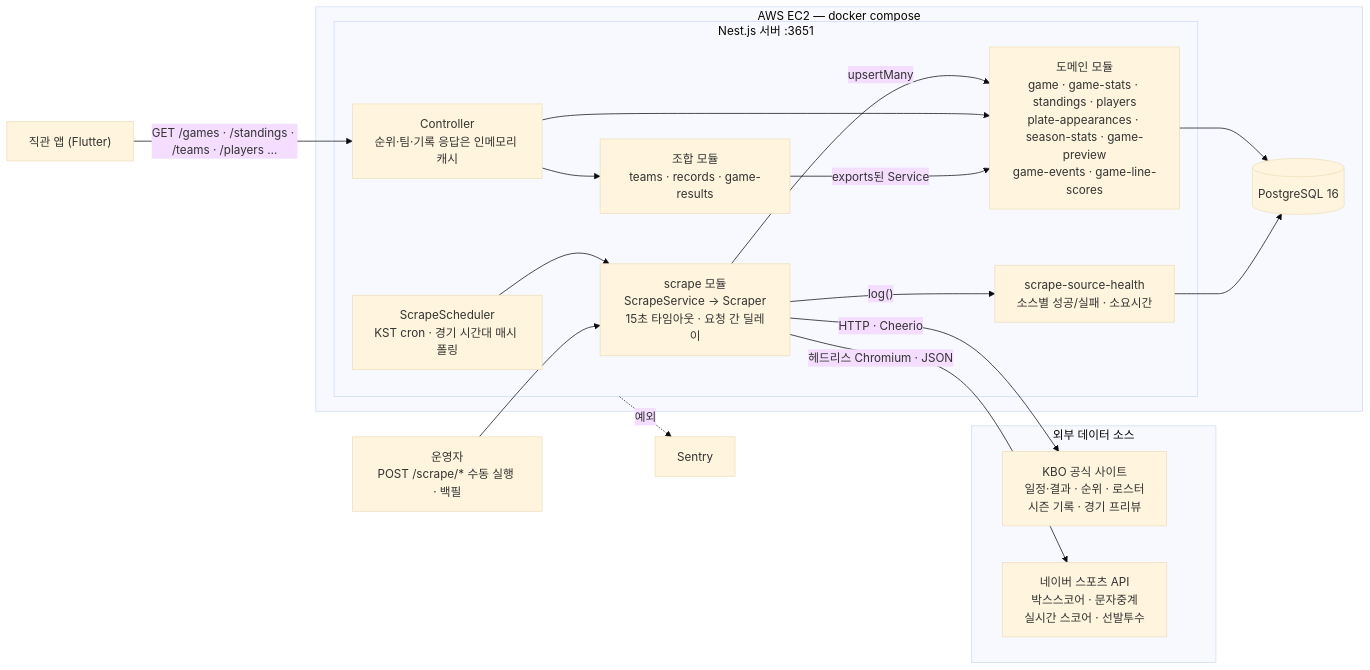
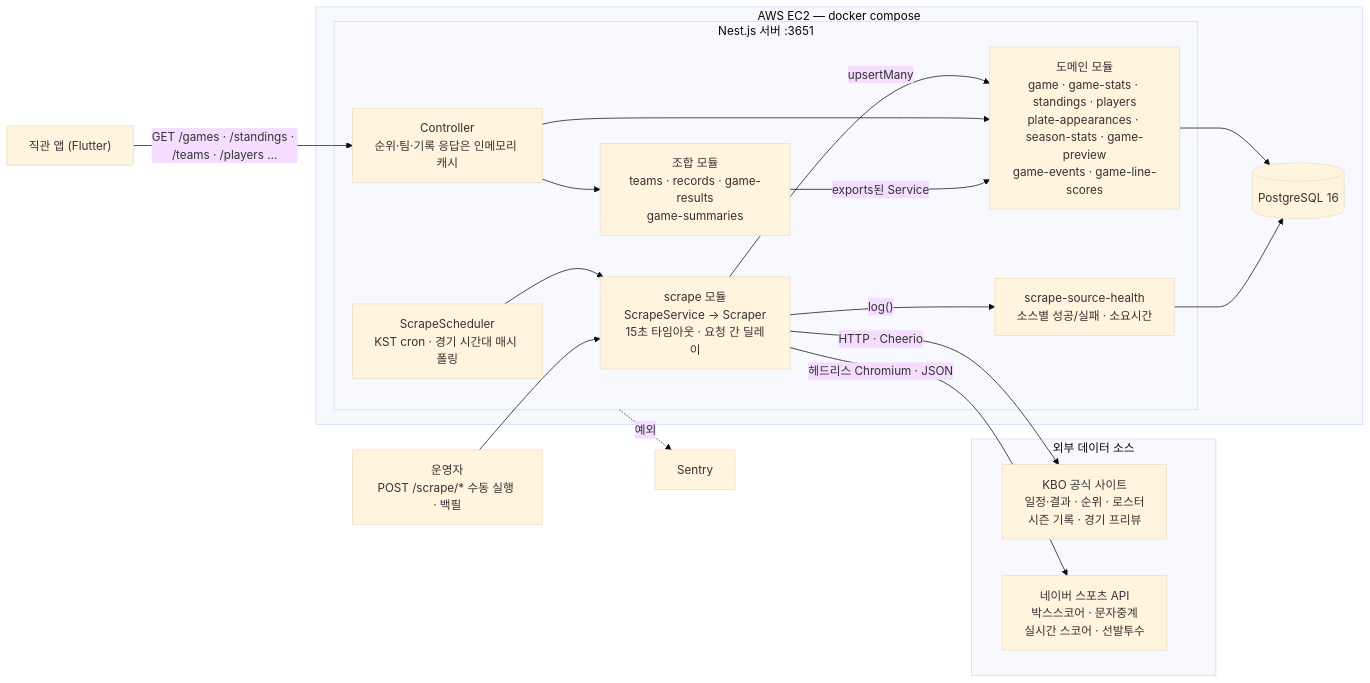
One commit to shot013/doo_kbo_scraping_server changed the first of 3 diagrams in README.md. Above: the diagram before and after it, drawn with Mermaid (base theme). The commit also changed other lines of this file and 2 other files, not shown here.

First line of the commit message:
docs(game-summaries): document game summary API

````diff
--- a/README.md
+++ b/README.md
@@ -43,37 +43,37 @@
 ```mermaid
 flowchart LR
   subgraph SRC["외부 데이터 소스"]
     KBO["KBO 공식 사이트<br/>일정·결과 · 순위 · 로스터<br/>시즌 기록 · 경기 프리뷰"]
     NAVER["네이버 스포츠 API<br/>박스스코어 · 문자중계<br/>실시간 스코어 · 선발투수"]
   end
 
   subgraph EC2["AWS EC2 — docker compose"]
     subgraph NEST["Nest.js 서버 :3651"]
       SCHED["ScrapeScheduler<br/>KST cron · 경기 시간대 매시 폴링"]
       SCRAPE["scrape 모듈<br/>ScrapeService → Scraper<br/>15초 타임아웃 · 요청 간 딜레이"]
       CTRL["Controller<br/>순위·팀·기록 응답은 인메모리 캐시"]
       DOMAIN["도메인 모듈<br/>game · game-stats · standings · players<br/>plate-appearances · season-stats · game-preview<br/>game-events · game-line-scores"]
-      COMBO["조합 모듈<br/>teams · records · game-results"]
+      COMBO["조합 모듈<br/>teams · records · game-results<br/>game-summaries"]
       HEALTH["scrape-source-health<br/>소스별 성공/실패 · 소요시간"]
     end
     PG[("PostgreSQL 16")]
   end
 
   APP["직관 앱 (Flutter)"]
   OPS["운영자<br/>POST /scrape/* 수동 실행 · 백필"]
   SENTRY["Sentry"]
 
   SCHED --> SCRAPE
   OPS --> SCRAPE
   SCRAPE -- "HTTP · Cheerio" --> KBO
   SCRAPE -- "헤드리스 Chromium · JSON" --> NAVER
   SCRAPE -- "upsertMany" --> DOMAIN
   SCRAPE -- "log()" --> HEALTH
   APP -- "GET /games · /standings · /teams · /players …" --> CTRL
   CTRL --> DOMAIN
   CTRL --> COMBO
   COMBO -- "exports된 Service" --> DOMAIN
   DOMAIN --> PG
   HEALTH --> PG
   NEST -.->|"예외"| SENTRY
 ```
````
